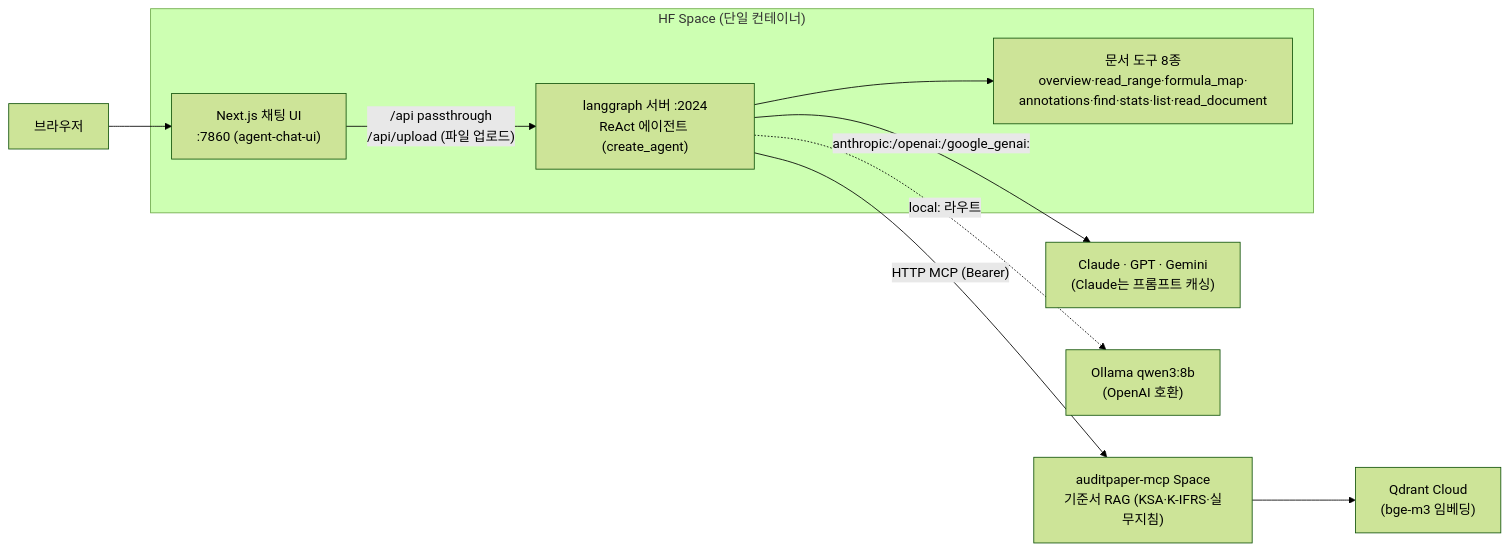
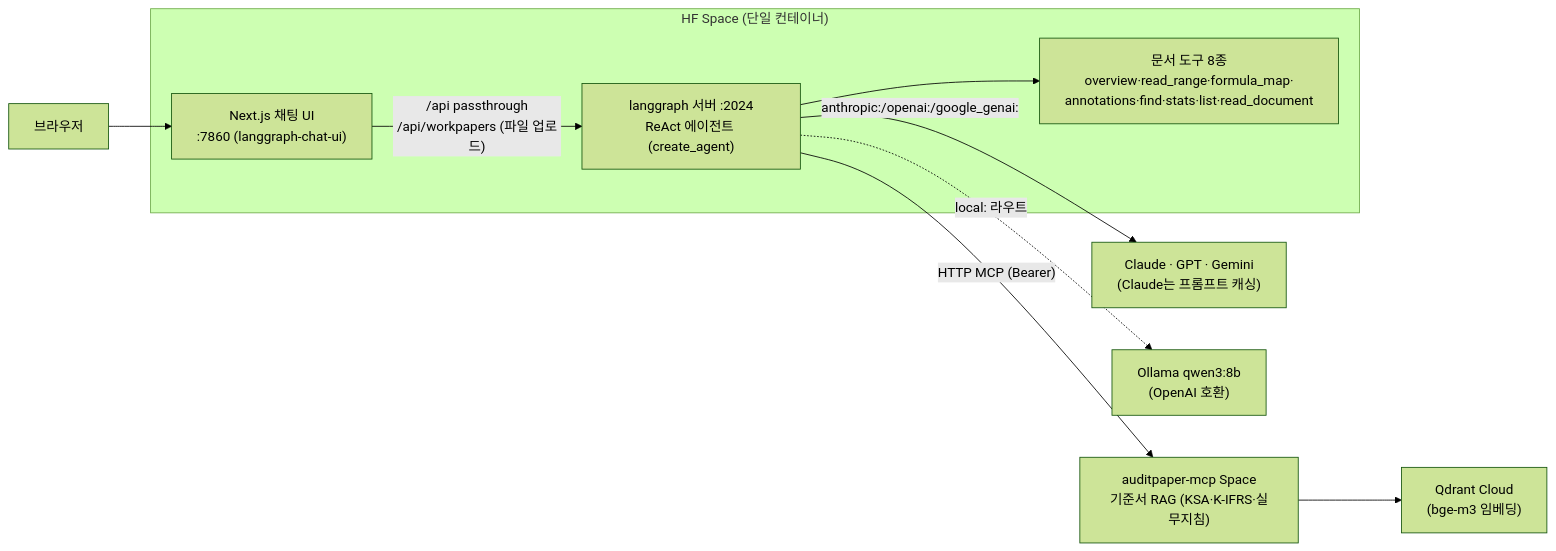
Before and after one commit to worldoftoddl/Agent_for_Newstep: the diagram in README.md, drawn with Mermaid (forest theme). The commit also changed other lines of this file and 1 other file, not shown here.

Commit message:
docs: UI 마이그레이션 기록 — langgraph-chat-ui 전환·이식 내역·함정 정리

````diff
--- a/README.md
+++ b/README.md
@@ -21,15 +21,15 @@
 ```mermaid
 flowchart LR
     subgraph Space["HF Space (단일 컨테이너)"]
-        UI["Next.js 채팅 UI<br/>:7860 (agent-chat-ui)"]
+        UI["Next.js 채팅 UI<br/>:7860 (langgraph-chat-ui)"]
         LG["langgraph 서버 :2024<br/>ReAct 에이전트 (create_agent)"]
         XL["문서 도구 8종<br/>overview·read_range·formula_map·<br/>annotations·find·stats·list·read_document"]
-        UI -- "/api passthrough<br/>/api/upload (파일 업로드)" --> LG
+        UI -- "/api passthrough<br/>/api/workpapers (파일 업로드)" --> LG
         LG --> XL
     end
     BR["브라우저"] --> UI
     LG -- "HTTP MCP (Bearer)" --> MCP["auditpaper-mcp Space<br/>기준서 RAG (KSA·K-IFRS·실무지침)"]
     MCP --> QD["Qdrant Cloud<br/>(bge-m3 임베딩)"]
     LG -- "anthropic:/openai:/google_genai:" --> AN["Claude · GPT · Gemini<br/>(Claude는 프롬프트 캐싱)"]
     LG -. "local: 라우트" .-> LO["Ollama qwen3:8b<br/>(OpenAI 호환)"]
 ```
````
